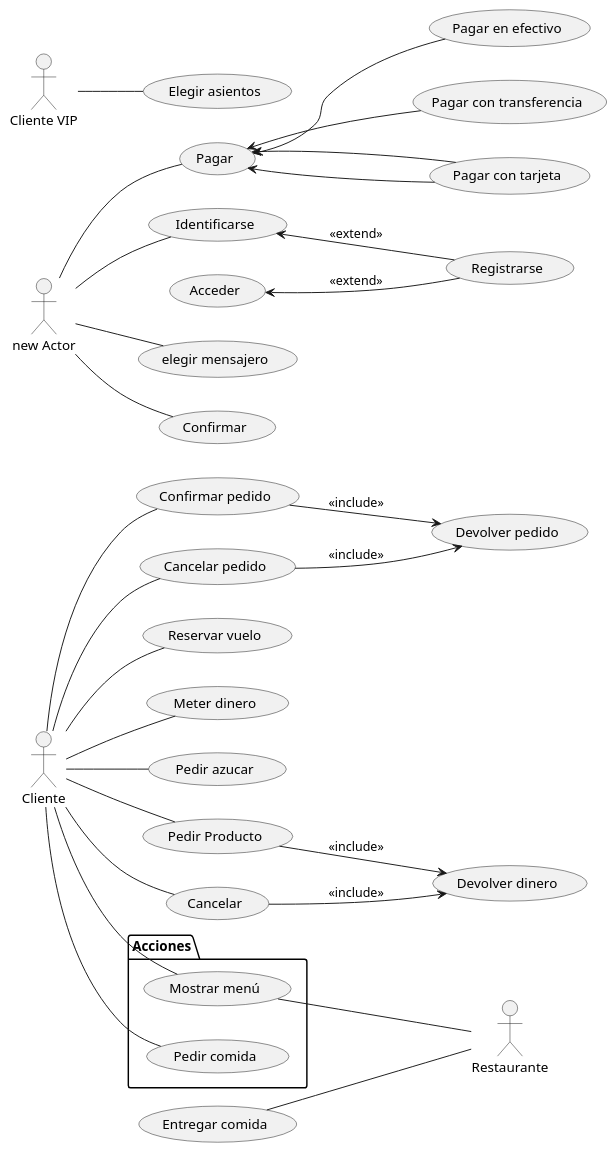
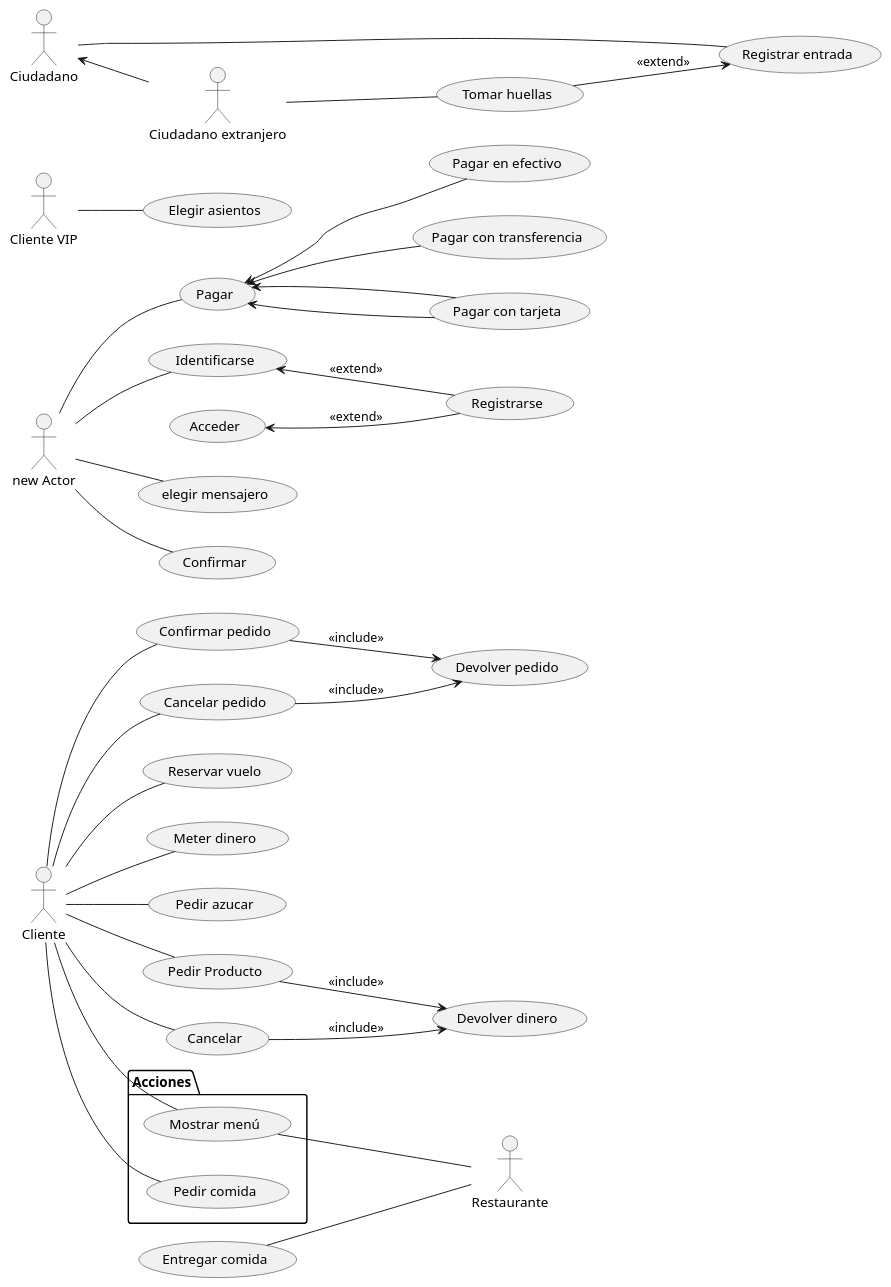
The diagram in Casos_de_uso.puml (CrisMH1/ChristianM_UML), drawn with PlantUML before and after one commit.

Commit message:
Update Casos_de_uso.puml
Añadido ejemplo Puesto fronterizo

```diff
--- a/Casos_de_uso.puml
+++ b/Casos_de_uso.puml
@@ -1,47 +1,52 @@
 @startuml
 'https://plantuml.com/class-diagram
 
 left to right direction
 package Acciones{
 usecase "Mostrar menú" as menu
 usecase "Pedir comida" as pedir
 
 }
 
 :Cliente: -- menu
 :Cliente: -- pedir
  (Entregar comida)-- :Restaurante:
  menu -- :Restaurante:
  
  left to right direction
 :Cliente: -- (Confirmar pedido)
 :Cliente: -- (Cancelar pedido)
 (Confirmar pedido) --> (Devolver pedido) : <<include>>
 (Cancelar pedido) --> (Devolver pedido) : <<include>>
 (Acceder) <-- (Registrarse) : <<extend>>
 
 (Pagar)<-- (Pagar con tarjeta)
 (Pagar)<-- (Pagar en efectivo)
 
 :Cliente: -- (Reservar vuelo)
 :Cliente VIP: -- (Elegir asientos)
 
 left to right direction
 :Cliente: -- (Meter dinero)
 :Cliente: -- (Pedir azucar)
 :Cliente: -- (Pedir Producto)
 :Cliente: -- (Cancelar)
 (Cancelar) -->(Devolver dinero) : <<include>>
 (Pedir Producto) --> (Devolver dinero) : <<include>>
 
 left to right direction
 :new Actor: -- (Identificarse)
 :new Actor: -- (Pagar)
 :new Actor: -- (elegir mensajero)
 :new Actor: -- (Confirmar)
 (Identificarse) <--(Registrarse) : <<extend>>
 (Pagar) <-- (Pagar con tarjeta)
 (Pagar) <-- (Pagar con transferencia)
 
+:Ciudadano: -- (Registrar entrada)
+:Ciudadano extranjero: -- (Tomar huellas)
+(Tomar huellas) --> (Registrar entrada) : <<extend>>
+:Ciudadano: <-- :Ciudadano extranjero:
+
 
 @enduml
```
